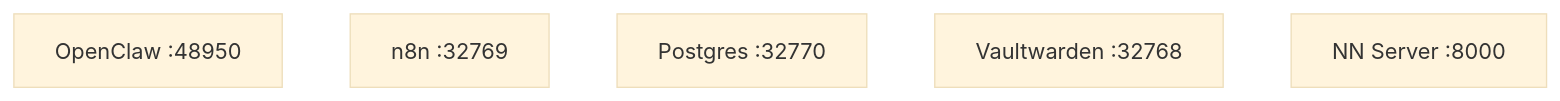
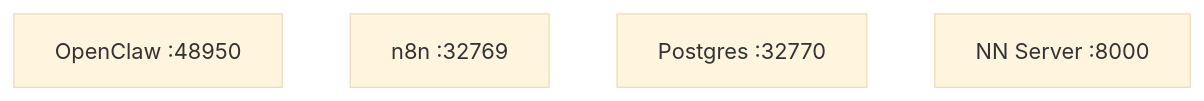
One commit to VizionCorpAI/vizion-infra changed the diagram in learning/diagrams/runtime_ports.mmd. Above: the diagram before and after it, drawn with Mermaid (base theme). The commit also changed 46 other files, not shown here.

```diff
--- a/learning/diagrams/runtime_ports.mmd
+++ b/learning/diagrams/runtime_ports.mmd
@@ -1,6 +1,5 @@
 flowchart TB
   OC[OpenClaw :48950]
   N8N[n8n :32769]
   PG[Postgres :32770]
-  VW[Vaultwarden :32768]
   NN[NN Server :8000]
```
